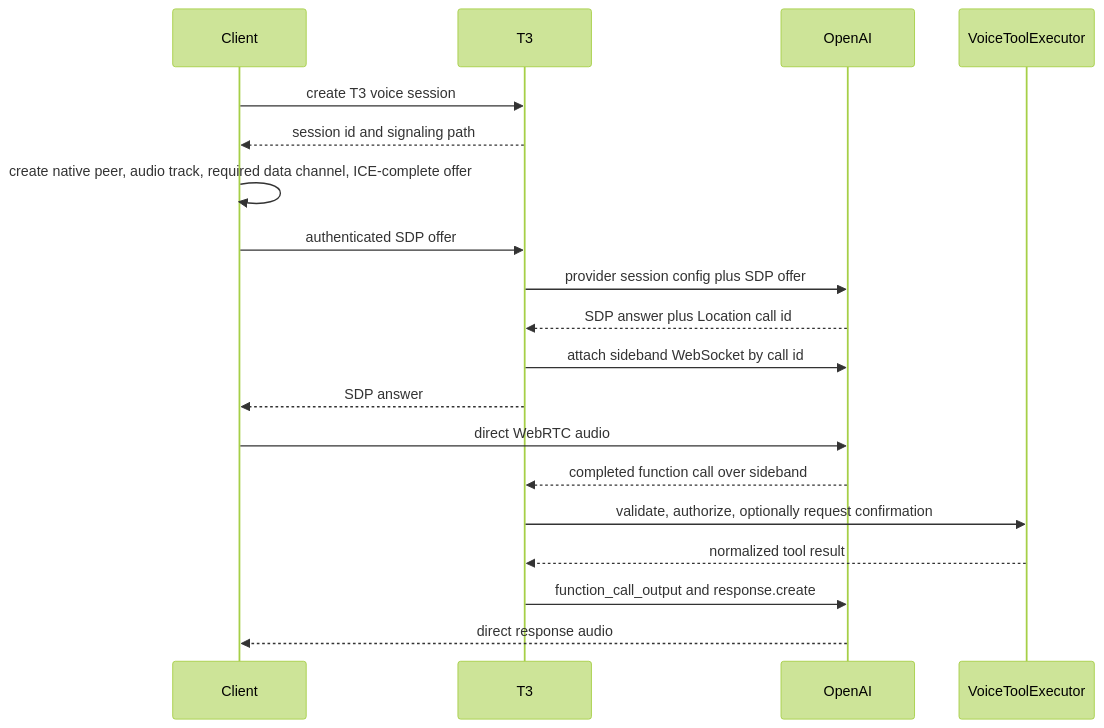
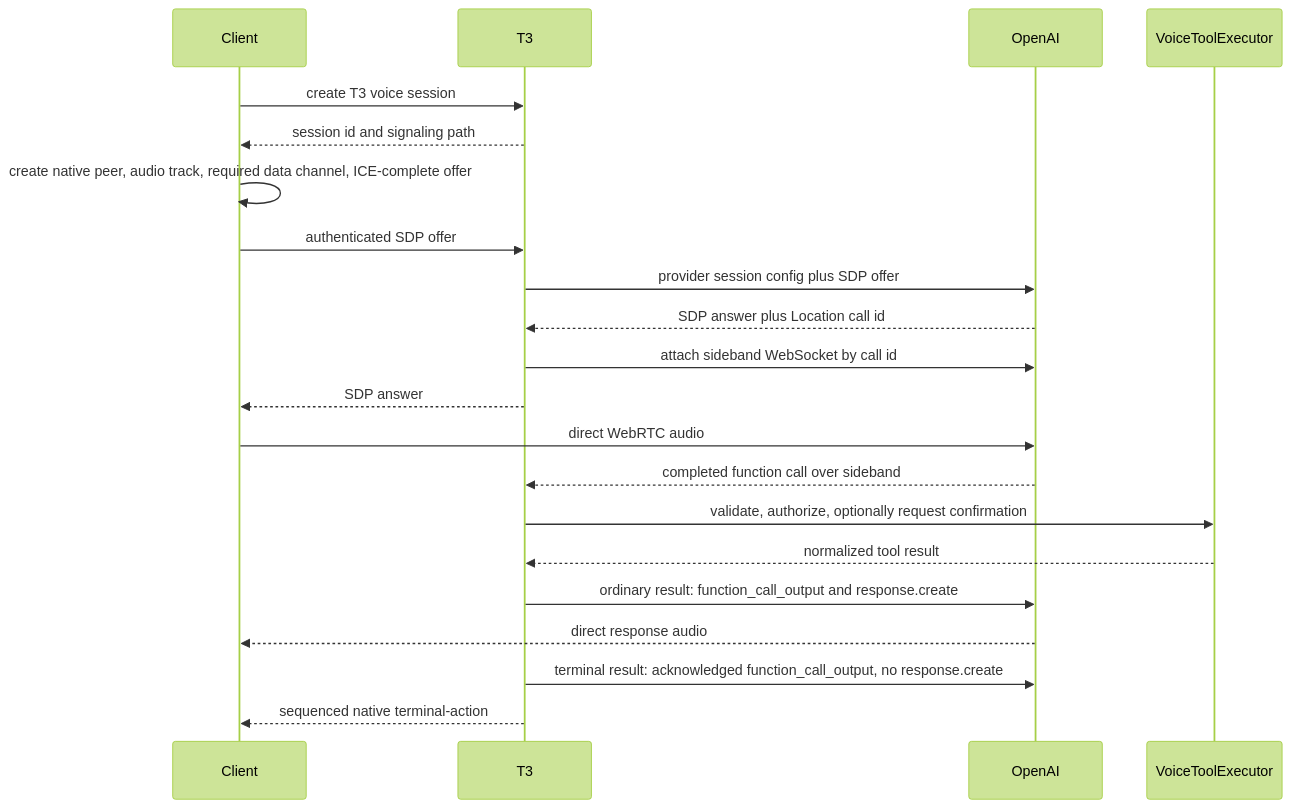
The diagram in docs/architecture/voice.md (kcosr/t3code), drawn with Mermaid (forest theme) before and after one commit. The commit also changed other lines of this file and 31 other files, not shown here.

Commit message:
feat(voice): add native terminal actions

````diff
--- a/docs/architecture/voice.md
+++ b/docs/architecture/voice.md
@@ -562,22 +564,24 @@
 ```mermaid
 sequenceDiagram
     participant Client
     participant T3
     participant OpenAI
     participant Tools as VoiceToolExecutor
 
     Client->>T3: create T3 voice session
     T3-->>Client: session id and signaling path
     Client->>Client: create native peer, audio track, required data channel, ICE-complete offer
     Client->>T3: authenticated SDP offer
     T3->>OpenAI: provider session config plus SDP offer
     OpenAI-->>T3: SDP answer plus Location call id
     T3->>OpenAI: attach sideband WebSocket by call id
     T3-->>Client: SDP answer
     Client->>OpenAI: direct WebRTC audio
     OpenAI-->>T3: completed function call over sideband
     T3->>Tools: validate, authorize, optionally request confirmation
     Tools-->>T3: normalized tool result
-    T3->>OpenAI: function_call_output and response.create
+    T3->>OpenAI: ordinary result: function_call_output and response.create
     OpenAI-->>Client: direct response audio
+    T3->>OpenAI: terminal result: acknowledged function_call_output, no response.create
+    T3-->>Client: sequenced native terminal-action
 ```
````
